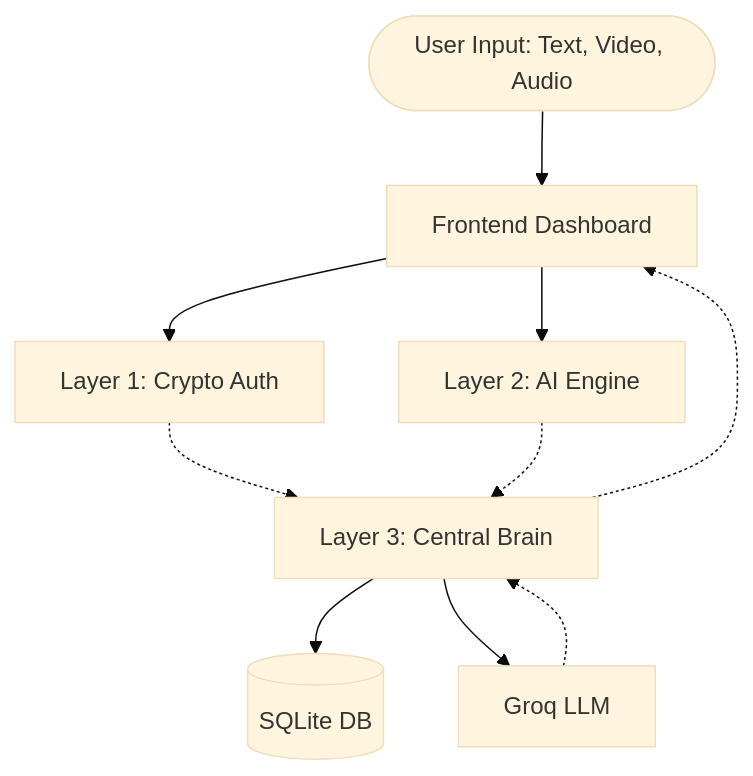
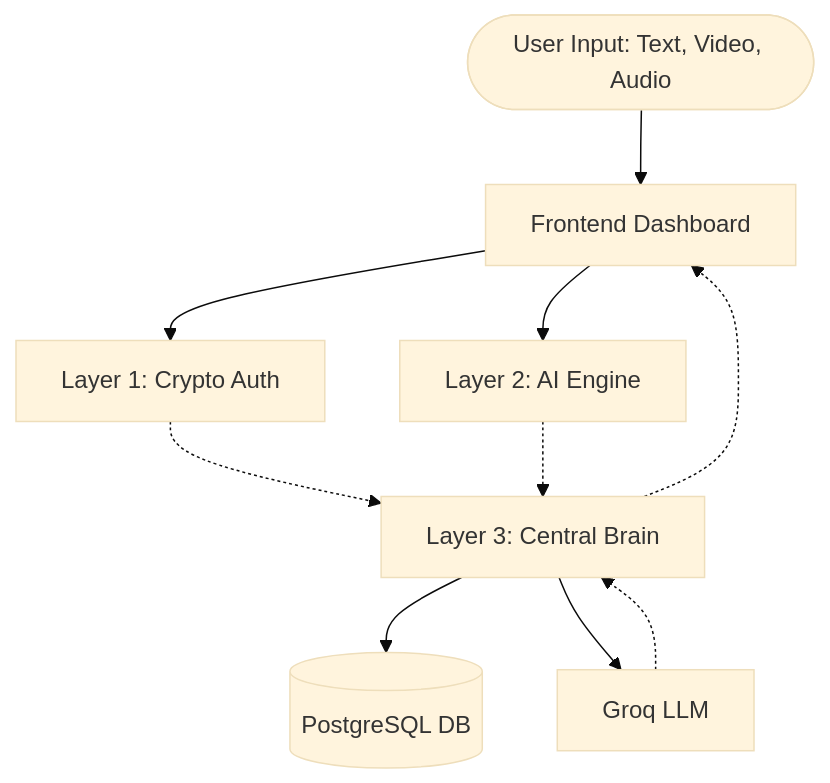
The first of 4 diagrams in README.md (ShravniThakur/PRISM), drawn with Mermaid (base theme) before and after one commit. The commit also changed 5 other files, not shown here.

````diff
--- a/README.md
+++ b/README.md
@@ -11,12 +11,12 @@
 ```mermaid
 graph TD
     User(["User Input: Text, Video, Audio"]) --> Frontend["Frontend Dashboard"]
     Frontend --> Layer1["Layer 1: Crypto Auth"]
     Frontend --> Layer2["Layer 2: AI Engine"]
     Layer1 -.-> Layer3["Layer 3: Central Brain"]
     Layer2 -.-> Layer3
-    Layer3 --> DB[("SQLite DB")]
+    Layer3 --> DB[("PostgreSQL DB")]
     Layer3 --> LLM["Groq LLM"]
     LLM -.-> Layer3
     Layer3 -.-> Frontend
 ```
````
